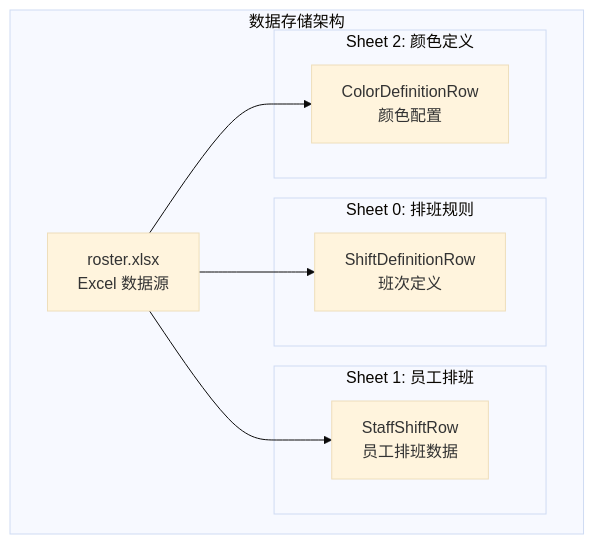
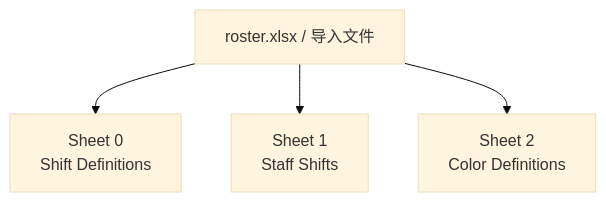
The first of 3 diagrams in .specs/data-architecture.md (yachi666/support-roster-server), drawn with Mermaid (base theme) before and after one commit. The commit also changed other lines of this file and 34 other files, not shown here.

Commit message:
feat: Enhance shift definition deletion process with roster assignment cleanup

````diff
--- a/.specs/data-architecture.md
+++ b/.specs/data-architecture.md
@@ -9,22 +9,14 @@
 ```mermaid
 graph TB
-    subgraph "数据存储架构"
-        EXCEL["roster.xlsx<br/>Excel 数据源"]
-        
-        subgraph "Sheet 0: 排班规则"
-            SD["ShiftDefinitionRow<br/>班次定义"]
-        end
-        
-        subgraph "Sheet 1: 员工排班"
-            SS["StaffShiftRow<br/>员工排班数据"]
-        end
-        
-        subgraph "Sheet 2: 颜色定义"
-            CD["ColorDefinitionRow<br/>颜色配置"]
-        end
-    end
-    
-    EXCEL --> SD
-    EXCEL --> SS
-    EXCEL --> CD
+    EXCEL["roster.xlsx / 导入文件"]
+    S0["Sheet 0
+Shift Definitions"]
+    S1["Sheet 1
+Staff Shifts"]
+    S2["Sheet 2
+Color Definitions"]
+
+    EXCEL --> S0
+    EXCEL --> S1
+    EXCEL --> S2
 ```
````
